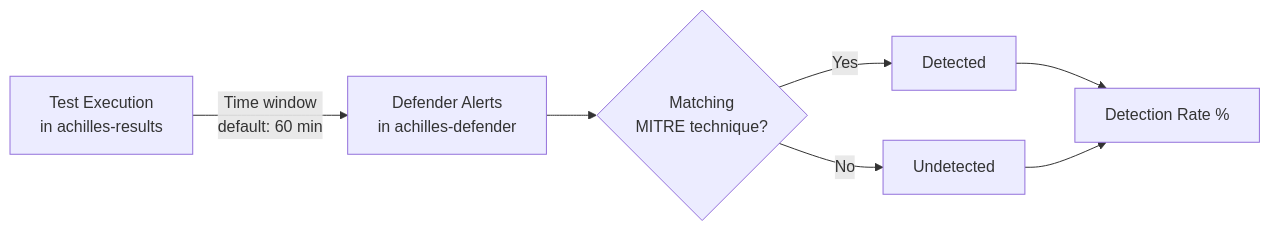
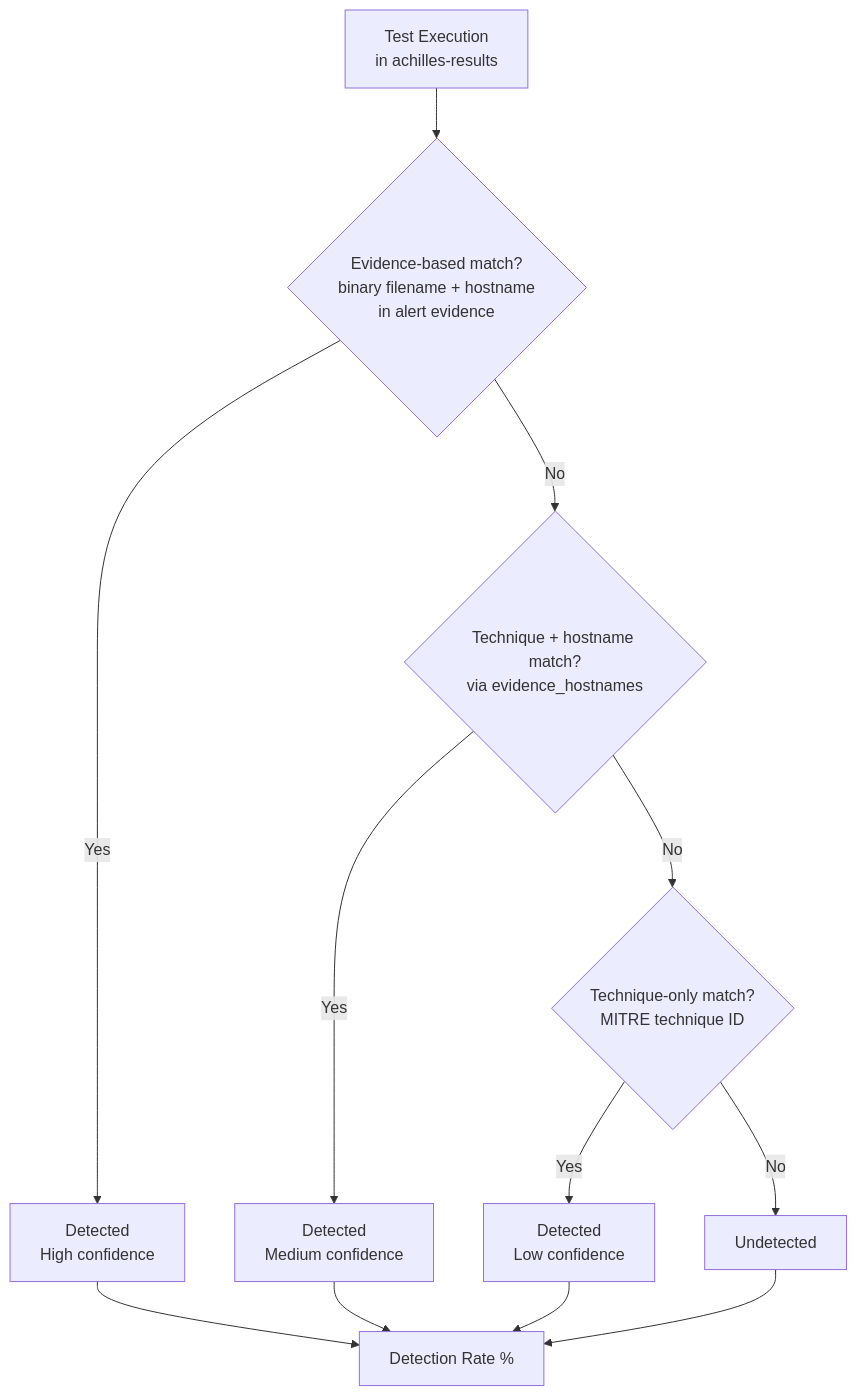
Before and after one commit to projectachilles/ProjectAchilles: the third of 3 diagrams in wiki/docs/user-guide/integrations/microsoft-defender.md, drawn with Mermaid. The commit also changed other lines of this file and 2 other files, not shown here.

First line of the commit message:
docs(wiki): update Defender, risk acceptance, and task execution docs

````diff
--- a/wiki/docs/user-guide/integrations/microsoft-defender.md
+++ b/wiki/docs/user-guide/integrations/microsoft-defender.md
@@ -173,9 +181,12 @@
 ```mermaid
-graph LR
-    A[Test Execution<br/>in achilles-results] -->|Time window<br/>default: 60 min| B[Defender Alerts<br/>in achilles-defender]
-    B --> C{Matching<br/>MITRE technique?}
-    C -->|Yes| D[Detected]
-    C -->|No| E[Undetected]
-    D --> F[Detection Rate %]
-    E --> F
+graph TB
+    A[Test Execution<br/>in achilles-results] --> B{Evidence-based match?<br/>binary filename + hostname<br/>in alert evidence}
+    B -->|Yes| D[Detected<br/>High confidence]
+    B -->|No| C{Technique + hostname match?<br/>via evidence_hostnames}
+    C -->|Yes| E[Detected<br/>Medium confidence]
+    C -->|No| F{Technique-only match?<br/>MITRE technique ID}
+    F -->|Yes| G[Detected<br/>Low confidence]
+    F -->|No| H[Undetected]
+    D & E & G --> I[Detection Rate %]
+    H --> I
 ```
````
